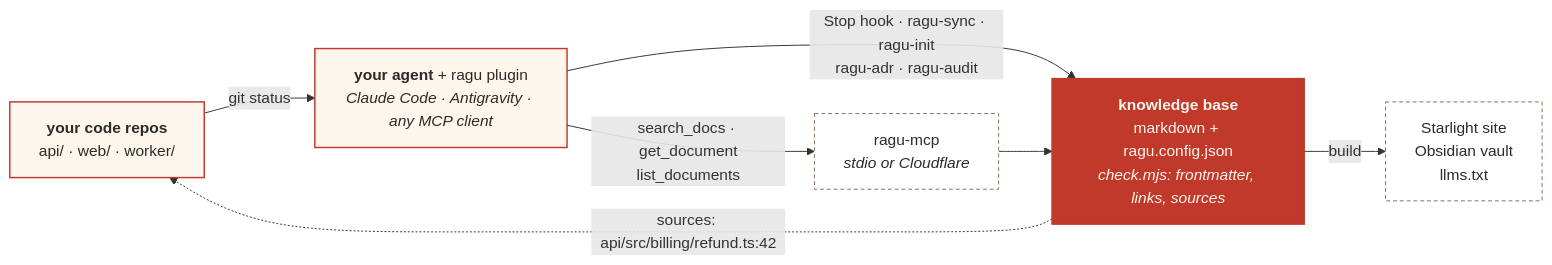
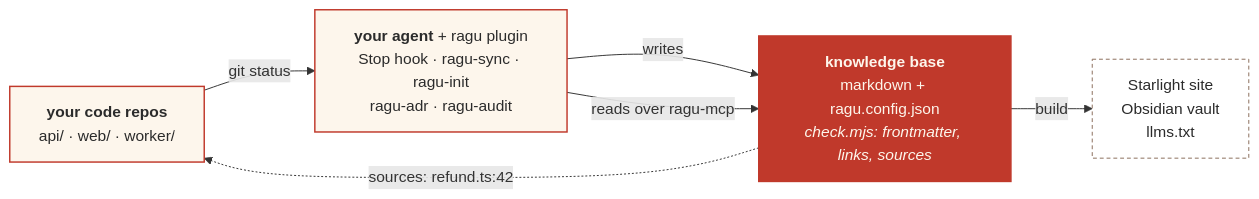
Before and after one commit to pedrohfonseca81/ragu: the diagram in assets/ragu-flow.mmd, drawn with Mermaid. The commit also changed 2 other files, not shown here.

Commit message:
docs: larger, simpler architecture diagram
Four columns instead of five (ragu-mcp is an edge label now), 16px type,
detail moved from edge labels into nodes so Mermaid's 200px edge-label
wrap no longer breaks words.

```diff
--- a/assets/ragu-flow.mmd
+++ b/assets/ragu-flow.mmd
@@ -1,19 +1,18 @@
 flowchart LR
     repos["<b>your code repos</b><br/>api/ · web/ · worker/"]
-    agent["<b>your agent</b> + ragu plugin<br/><i>Claude Code · Antigravity · any MCP client</i>"]
-    mcp["ragu-mcp<br/><i>stdio or Cloudflare</i>"]
+    agent["<b>your agent</b> + ragu plugin<br/>Stop hook · ragu-sync · ragu-init<br/>ragu-adr · ragu-audit"]
     kb["<b>knowledge base</b><br/>markdown + ragu.config.json<br/><i>check.mjs: frontmatter, links, sources</i>"]
     out["Starlight site<br/>Obsidian vault<br/>llms.txt"]
 
     repos -- "git status" --> agent
-    agent -- "Stop hook · ragu-sync · ragu-init<br/>ragu-adr · ragu-audit" --> kb
-    agent -- "search_docs · get_document<br/>list_documents" --> mcp --> kb
-    kb -. "sources: api/src/billing/refund.ts:42" .-> repos
+    agent -- "writes" --> kb
+    agent -- "reads over ragu-mcp" --> kb
+    kb -. "sources: refund.ts:42" .-> repos
     kb -- "build" --> out
 
     classDef code fill:#fdf6ec,stroke:#c0392b,stroke-width:1.5px,color:#2b2b2b
     classDef kbox fill:#c0392b,stroke:#c0392b,stroke-width:1.5px,color:#fdf6ec
     classDef soft fill:#ffffff,stroke:#8a6d5a,stroke-width:1px,color:#2b2b2b,stroke-dasharray:4 3
     class repos,agent code
     class kb kbox
-    class mcp,out soft
+    class out soft
```
